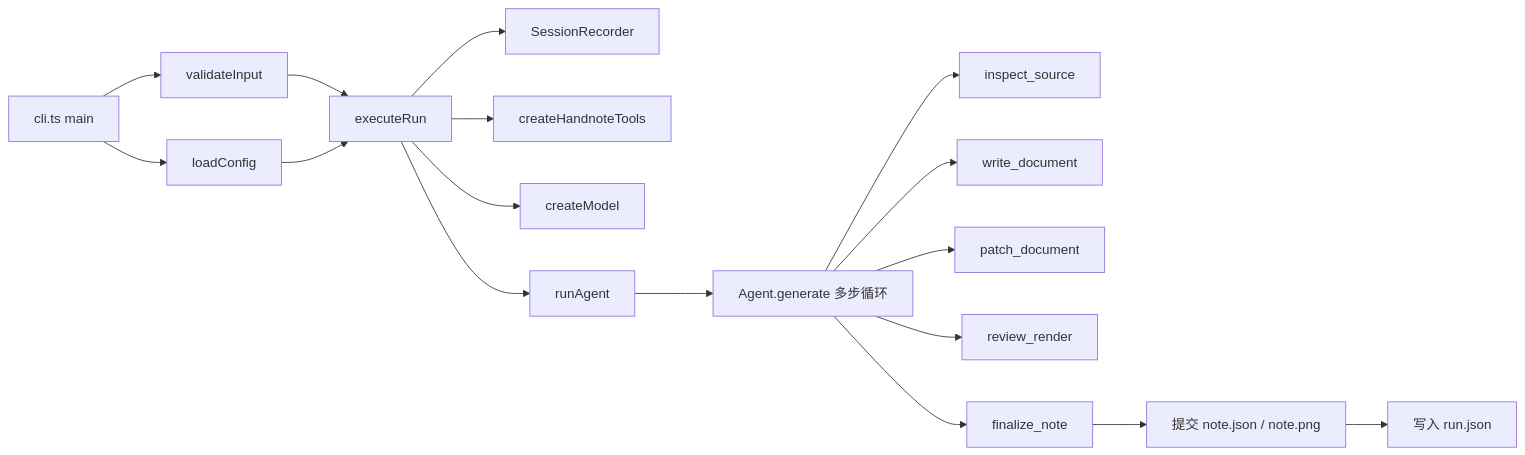
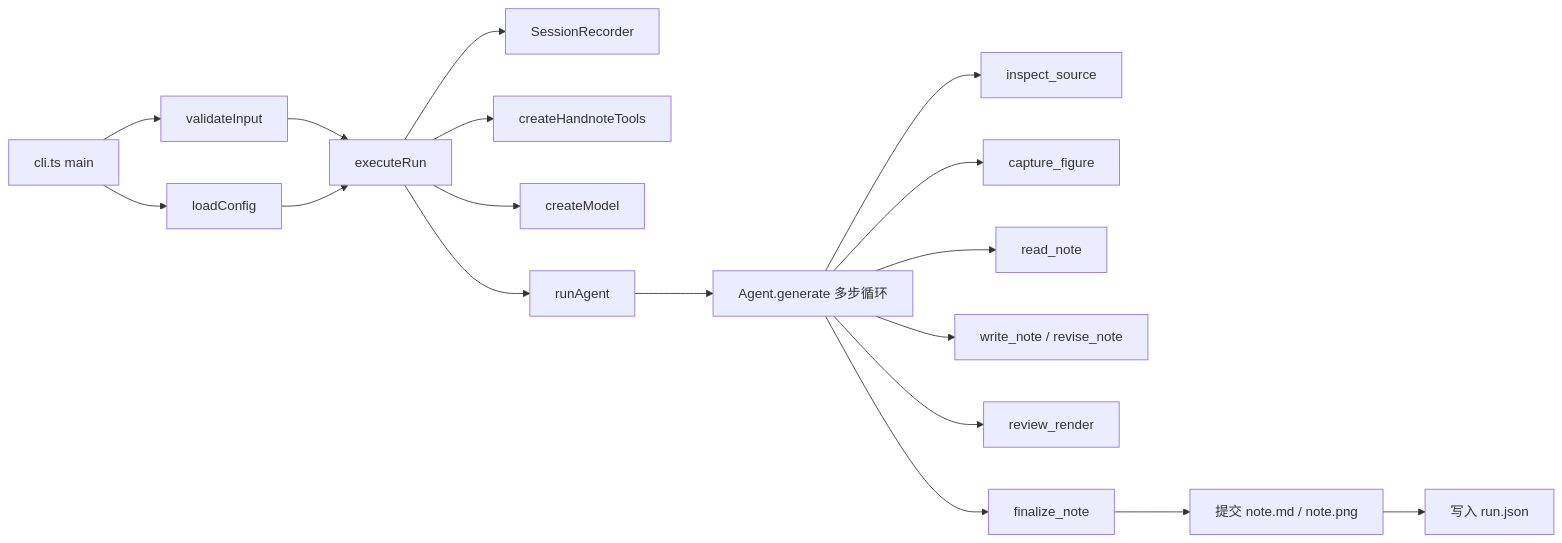
The third of 3 diagrams in design/architecture.md (yjydist/handnote), drawn with Mermaid before and after one commit. The commit also changed other lines of this file and 10 other files, not shown here.

````diff
--- a/design/architecture.md
+++ b/design/architecture.md
@@ -106,19 +108,20 @@
 ```mermaid
 flowchart LR
     cli["cli.ts main"] --> validate["validateInput"]
     cli --> config["loadConfig"]
     validate --> execute["executeRun"]
     config --> execute
     execute --> recorder["SessionRecorder"]
     execute --> tools["createHandnoteTools"]
     execute --> model["createModel"]
     execute --> agent["runAgent"]
     agent --> generate["Agent.generate 多步循环"]
     generate --> inspect["inspect_source"]
-    generate --> write["write_document"]
-    generate --> patch["patch_document"]
+    generate --> capture["capture_figure"]
+    generate --> read["read_note"]
+    generate --> write["write_note / revise_note"]
     generate --> review["review_render"]
     generate --> finalize["finalize_note"]
-    finalize --> commit["提交 note.json / note.png"]
+    finalize --> commit["提交 note.md / note.png"]
     commit --> manifest["写入 run.json"]
 ```
````
